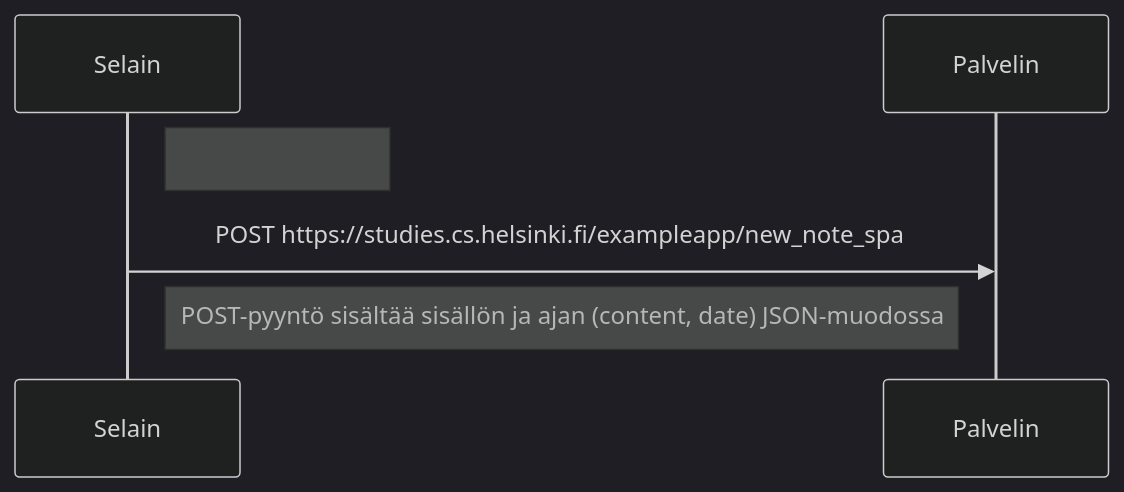
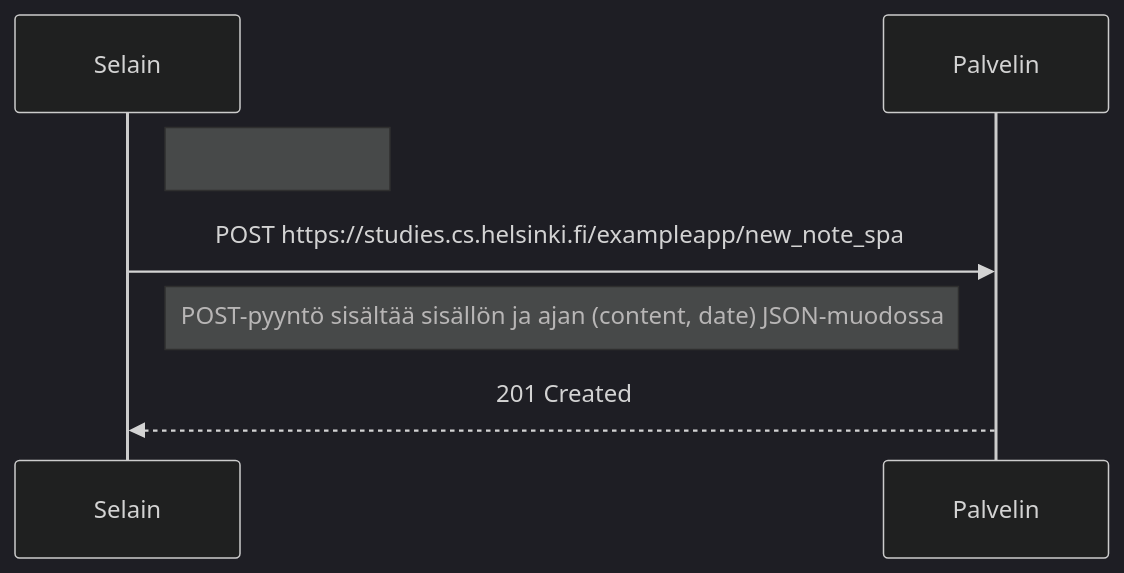
One commit to PasiParviainen/Fullstackosa0 changed the diagram in 0.6.md. Above: the diagram before and after it, drawn with Mermaid (dark theme).

````diff
--- a/0.6.md
+++ b/0.6.md
@@ -1,10 +1,11 @@
 ```mermaid
 sequenceDiagram
   participant S as Selain
   participant P as Palvelin
 
   note right of S: 
 
   S->>P: POST https://studies.cs.helsinki.fi/exampleapp/new_note_spa
   note left of P: POST-pyyntö sisältää sisällön ja ajan (content, date) JSON-muodossa
+  P-->>S: 201 Created
 ```
````
